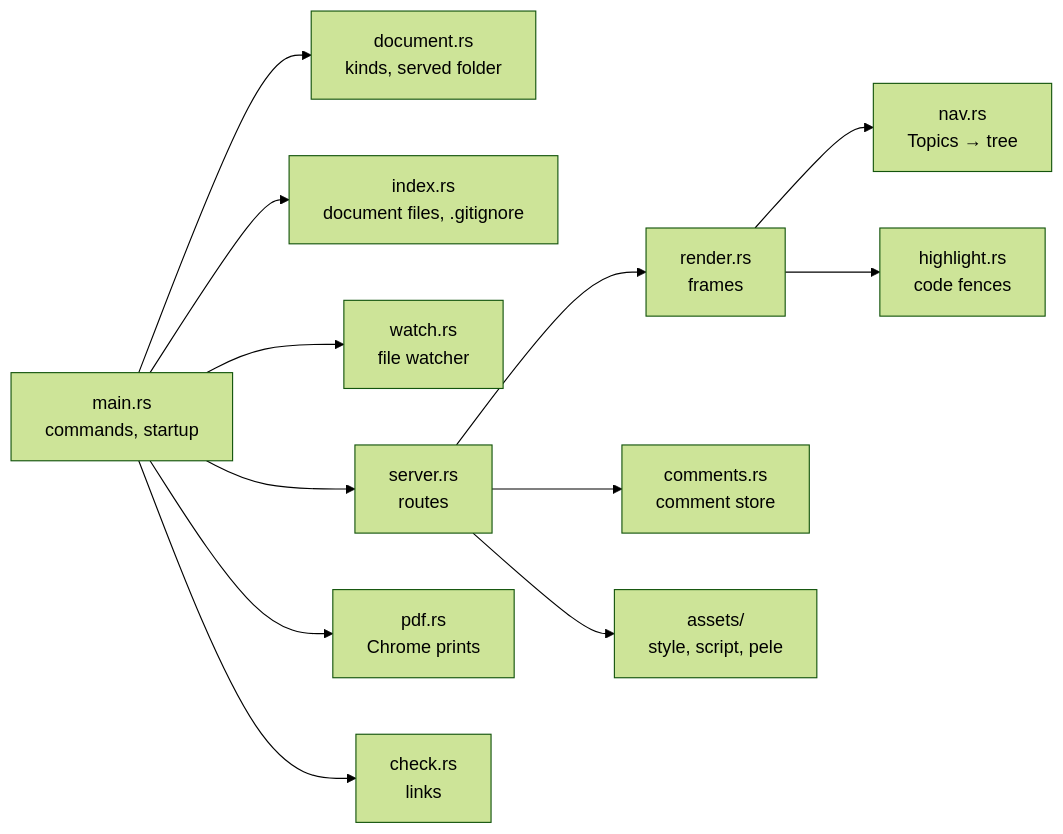
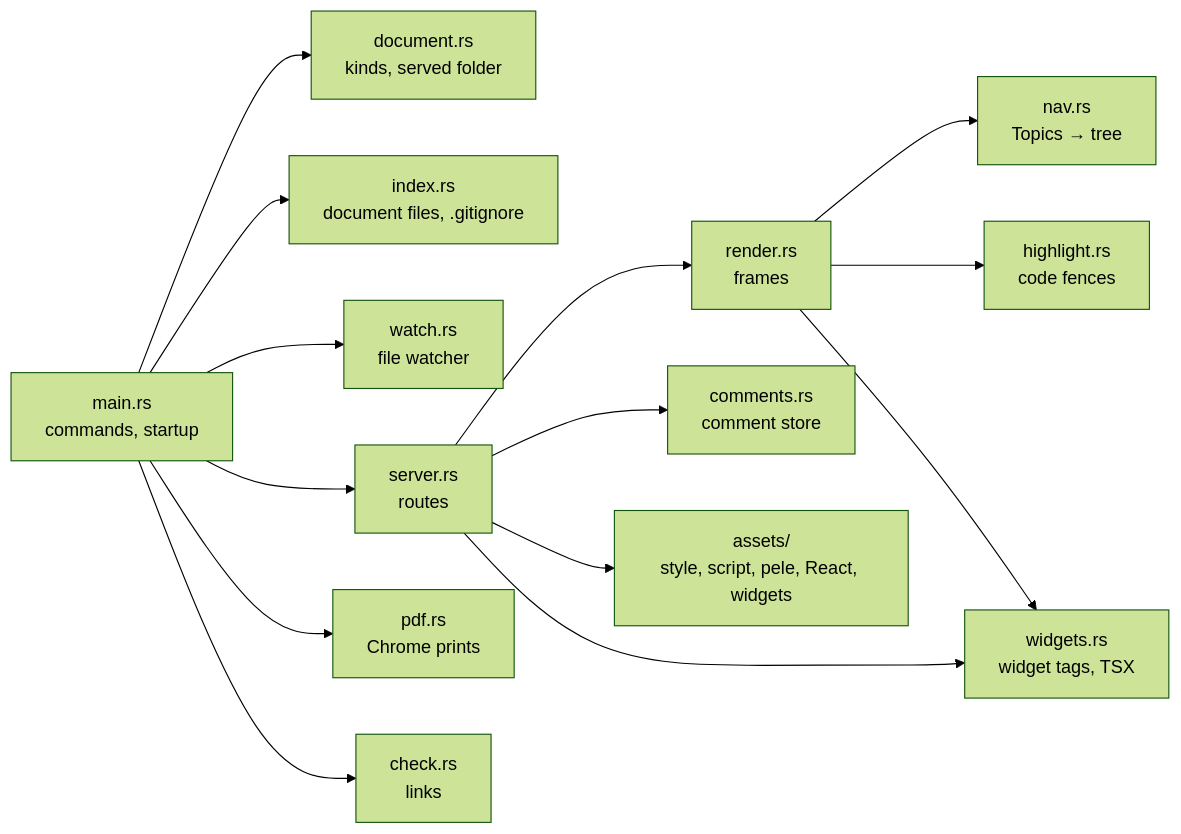
One commit to andrei512/devpage changed the first of 2 diagrams in docs/boxes/engineering/developing-devpage/README.md. Above: the diagram before and after it, drawn with Mermaid (forest theme). The commit also changed other lines of this file and 10 other files, not shown here.

````diff
--- a/docs/boxes/engineering/developing-devpage/README.md
+++ b/docs/boxes/engineering/developing-devpage/README.md
@@ -97,26 +99,29 @@
 ```mermaid
 flowchart LR
   main["main.rs<br/>commands, startup"] --> document["document.rs<br/>kinds, served folder"]
   main --> index["index.rs<br/>document files, .gitignore"]
   main --> watch["watch.rs<br/>file watcher"]
   main --> server["server.rs<br/>routes"]
   main --> pdf["pdf.rs<br/>Chrome prints"]
   main --> check["check.rs<br/>links"]
   server --> render["render.rs<br/>frames"]
   server --> comments["comments.rs<br/>comment store"]
   render --> nav["nav.rs<br/>Topics → tree"]
   render --> highlight["highlight.rs<br/>code fences"]
-  server --> assets["assets/<br/>style, script, pele"]
+  render --> widgets["widgets.rs<br/>widget tags, TSX"]
+  server --> widgets
+  server --> assets["assets/<br/>style, script, pele, React, widgets"]
   click main href "#how-main-wires-it-together" "How main wires it together"
   click document href "../../viewer/configuration-reference/README.md#document-files" "Document files"
   click index href "../../viewer/serving-pages/README.md#which-document-a-file-belongs-to" "Which document a file belongs to"
   click watch href "../../viewer/live-updates/README.md#the-watcher" "The watcher"
   click server href "../../viewer/serving-pages/README.md#routes" "Routes"
   click pdf href "../../viewer/pdf/README.md" "Printing to PDF"
   click check href "../../viewer/checking-links/README.md" "Checking links"
   click render href "../../viewer/serving-pages/README.md#rendering-a-markdown-file" "Rendering a Markdown file"
   click comments href "../../viewer/comments/README.md#the-comment-store" "The comment store"
   click nav href "../../viewer/navigation-tree/README.md" "Navigation tree"
   click highlight href "../../viewer/serving-pages/README.md#rendering-a-markdown-file" "Code highlighting"
+  click widgets href "../../viewer/widgets/README.md#under-the-hood" "Widgets under the hood"
   click assets href "../../viewer/serving-pages/README.md#built-in-assets" "Built-in assets"
 ```
````
